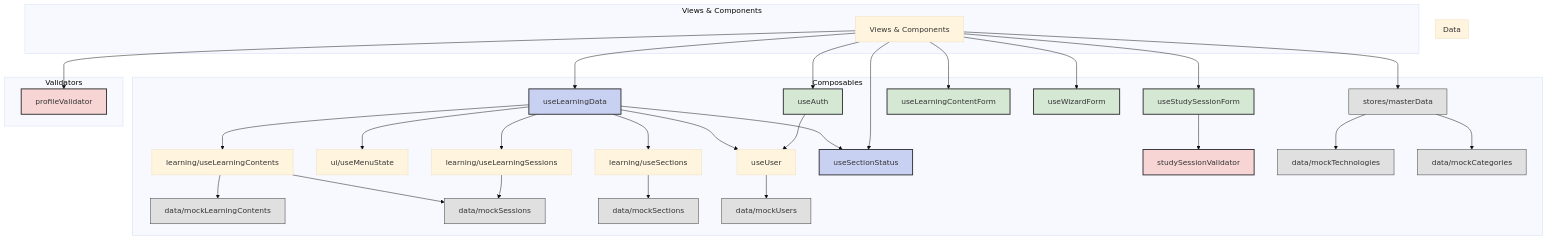
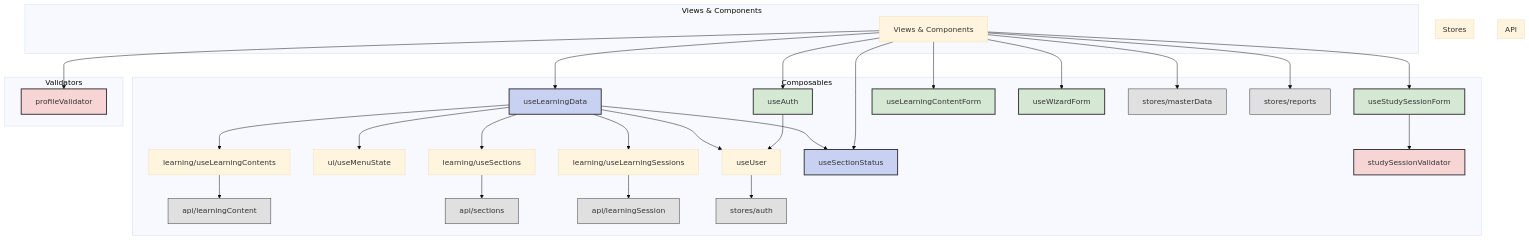
One commit to SHUN5872698/learn-track-pro changed the diagram in .gemini/docs/architectures/Vueアプリケーションディレクトリ構造.md. Above: the diagram before and after it, drawn with Mermaid (base theme). The commit also changed other lines of this file and 2 other files, not shown here.

Commit message:
docs: ディレクトリ構造ドキュメントとタスクリストの更新
LaravelおよびVueアプリケーションのディレクトリ構造ドキュメントを最新の状態に更新し、事前準備タスクリストの進捗状況を反映。
- Laravelディレクトリ構造ドキュメントを更新
- Vueアプリケーションディレクトリ構造ドキュメントを更新
- 事前準備タスクリストの進捗を更新
- レポート関連APIの実装完了をタスクリストに反映

````diff
--- a/.gemini/docs/architectures/Vueアプリケーションディレクトリ構造.md
+++ b/.gemini/docs/architectures/Vueアプリケーションディレクトリ構造.md
@@ -158,69 +160,71 @@
 ```mermaid
 graph TD
     subgraph Composables
         A[useLearningData] --> B[useUser]
         A --> C[ui/useMenuState]
         A --> E[learning/useLearningContents]
         A --> F[learning/useSections]
         A --> G[learning/useLearningSessions]
         A --> P[useSectionStatus]
 
-        E --> I[data/mockLearningContents]
-        E --> J[data/mockSessions]
+        E --> I[api/learningContent]
 
-        F --> K[data/mockSections]
+        F --> K[api/sections]
 
-        G --> J
+        G --> J[api/learningSession]
 
         L[useAuth] --> B
         M[useStudySessionForm] --> N[validators/studySessionValidator]
         O[useLearningContentForm]
         Q[useWizardForm]
 
-        B --> R[data/mockUsers]
-        S[stores/masterData] --> H[data/mockTechnologies]
-        S --> S2[data/mockCategories]
+        B --> R[stores/auth]
+        S[stores/masterData]
+        T[stores/reports]
 
     end
 
-    subgraph Data
-        H
+    subgraph API
         I
         J
         K
+    end
+
+    subgraph Stores
         R
-        S2
+        S
+        T
     end
 
     subgraph Validators
         N[studySessionValidator]
-        T[profileValidator]
+        U[profileValidator]
     end
 
     subgraph Views & Components
         V[Views & Components] --> A
         V --> L
         V --> M
         V --> O
         V --> Q
         V --> P
+        V --> U
+        V --> S
         V --> T
-        V --> S
     end
 
     style A fill:#c9d1f3,stroke:#333,stroke-width:2px
     style L fill:#d5e8d4,stroke:#333,stroke-width:2px
     style M fill:#d5e8d4,stroke:#333,stroke-width:2px
     style P fill:#c9d1f3,stroke:#333,stroke-width:2px
     style O fill:#d5e8d4,stroke:#333,stroke-width:2px
     style Q fill:#d5e8d4,stroke:#333,stroke-width:2px
     style N fill:#f8d5d5,stroke:#333,stroke-width:2px
-    style T fill:#f8d5d5,stroke:#333,stroke-width:2px
-    style H fill:#e0e0e0,stroke:#333,stroke-width:1px
+    style U fill:#f8d5d5,stroke:#333,stroke-width:2px
     style I fill:#e0e0e0,stroke:#333,stroke-width:1px
     style J fill:#e0e0e0,stroke:#333,stroke-width:1px
     style K fill:#e0e0e0,stroke:#333,stroke-width:1px
     style R fill:#e0e0e0,stroke:#333,stroke-width:1px
-    style S2 fill:#e0e0e0,stroke:#333,stroke-width:1px
     style S fill:#e0e0e0,stroke:#333,stroke-width:1px
+    style T fill:#e0e0e0,stroke:#333,stroke-width:1px
 ```
````
